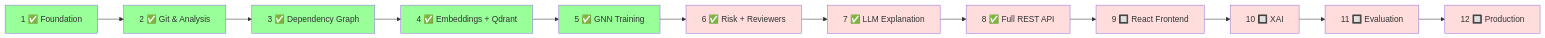
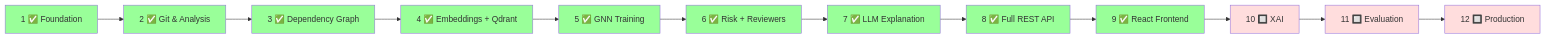
One commit to berkayvuranok/ImpactAI changed diagram 16 of 16 in README.md. Above: the diagram before and after it, drawn with Mermaid. The commit also changed other lines of this file and 33 other files, not shown here.

Commit message:
Add React frontend service to Docker Compose configuration. Update README to reflect frontend setup and access instructions. Refactor repository response schema for improved organization.

````diff
--- a/README.md
+++ b/README.md
@@ -472,30 +472,30 @@
 ```mermaid
 flowchart LR
     S1["1 ✅ Foundation"]
     S2["2 ✅ Git & Analysis"]
     S3["3 ✅ Dependency Graph"]
     S4["4 ✅ Embeddings + Qdrant"]
     S5["5 ✅ GNN Training"]
     S6["6 ✅ Risk + Reviewers"]
     S7["7 ✅ LLM Explanation"]
     S8["8 ✅ Full REST API"]
-    S9["9 🔲 React Frontend"]
+    S9["9 ✅ React Frontend"]
     S10["10 🔲 XAI"]
     S11["11 🔲 Evaluation"]
     S12["12 🔲 Production"]
 
     S1 --> S2 --> S3 --> S4 --> S5 --> S6 --> S7 --> S8 --> S9 --> S10 --> S11 --> S12
 
     style S1 fill:#9f9
     style S2 fill:#9f9
     style S3 fill:#9f9
     style S4 fill:#9f9
     style S5 fill:#9f9
-    style S6 fill:#fdd
-    style S7 fill:#fdd
-    style S8 fill:#fdd
-    style S9 fill:#fdd
+    style S6 fill:#9f9
+    style S7 fill:#9f9
+    style S8 fill:#9f9
+    style S9 fill:#9f9
     style S10 fill:#fdd
     style S11 fill:#fdd
     style S12 fill:#fdd
 ```
````
